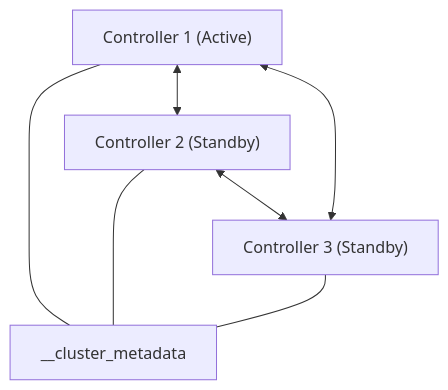
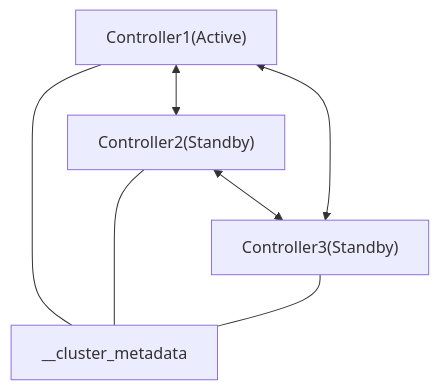
The ninth of 17 diagrams in _posts/kafka/2026-05-01-kafka-fundamentals.md (yjkim2015/yjkim2015.github.io), drawn with Mermaid before and after one commit. The commit also changed other lines of this file and 48 other files, not shown here.

First line of the commit message:
Mermaid 최종 47건 수정: participant/노드/줄수/라벨 전부 기준 이하

````diff
--- a/_posts/kafka/2026-05-01-kafka-fundamentals.md
+++ b/_posts/kafka/2026-05-01-kafka-fundamentals.md
@@ -298,7 +297,7 @@
 ```mermaid
 graph TD
-    C1["Controller 1 (Active)"] <--> C2["Controller 2 (Standby)"]
-    C2 <--> C3["Controller 3 (Standby)"]
+    C1["Controller1(Active)"] <--> C2["Controller2(Standby)"]
+    C2 <--> C3["Controller3(Standby)"]
     C1 <--> C3
     C1 & C2 & C3 --- META["__cluster_metadata"]
 ```
````
